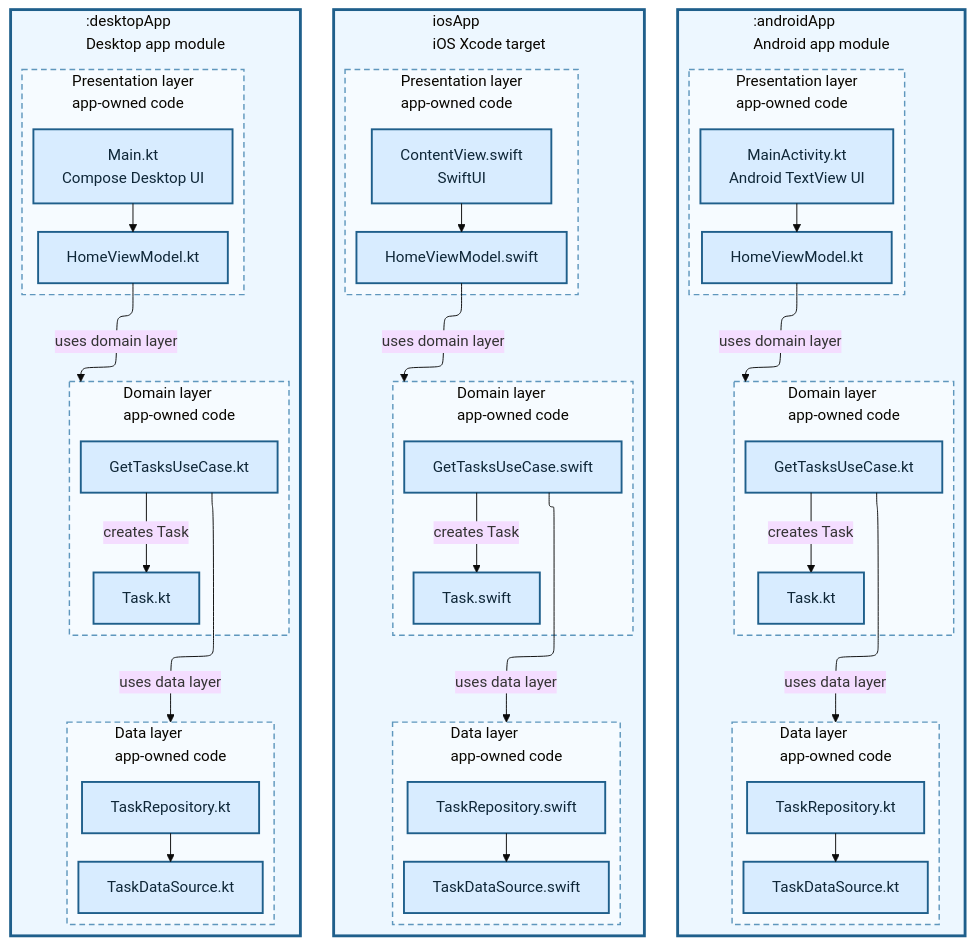
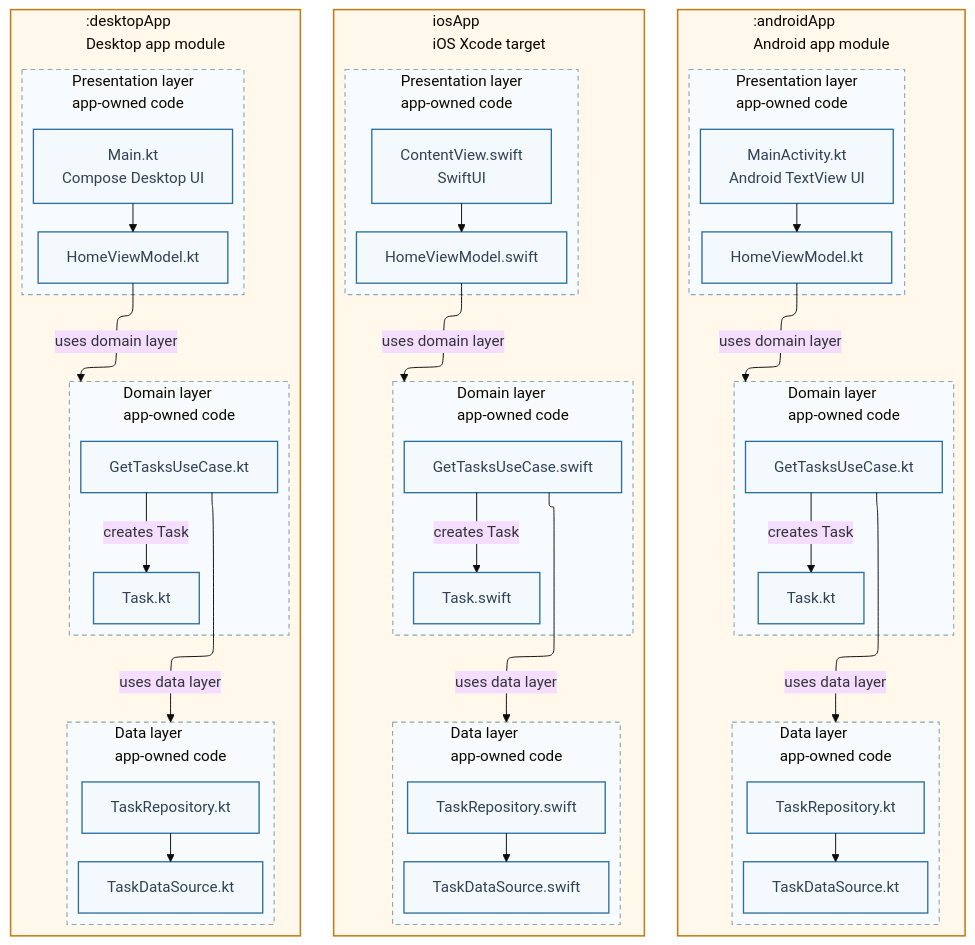
One commit to TheSetox/kmp-sample-diagrams changed the diagram in diagrams/15-three-layer-native.md. Above: the diagram before and after it, drawn with Mermaid (base theme). The commit also changed 42 other files, not shown here.

Commit message:
Redesign Mermaid architecture diagrams

````diff
--- a/diagrams/15-three-layer-native.md
+++ b/diagrams/15-three-layer-native.md
@@ -73,18 +73,18 @@
     DUseCase -->|"uses data layer"| DData
   end
 
-  classDef native fill:#d8ecff,stroke:#1f5f8b,color:#0f2738,stroke-width:2px;
+  classDef native fill:#f3f9fc,stroke:#2b6f9e,color:#334155,stroke-width:1.4px;
   class AUI,AVM,AUseCase,AEntity,ARepository,ADataSource,IUI,IVM,IUseCase,IEntity,IRepository,IDataSource,DUI,DVM,DUseCase,DEntity,DRepository,DDataSource native;
-  style Android fill:#edf7ff,stroke:#1f5f8b,stroke-width:3px
-  style IOS fill:#edf7ff,stroke:#1f5f8b,stroke-width:3px
-  style Desktop fill:#edf7ff,stroke:#1f5f8b,stroke-width:3px
-  style APresentation fill:#f6fbff,stroke:#5f97bd,stroke-width:1.5px,stroke-dasharray:6 4
-  style ADomain fill:#f6fbff,stroke:#5f97bd,stroke-width:1.5px,stroke-dasharray:6 4
-  style AData fill:#f6fbff,stroke:#5f97bd,stroke-width:1.5px,stroke-dasharray:6 4
-  style IPresentation fill:#f6fbff,stroke:#5f97bd,stroke-width:1.5px,stroke-dasharray:6 4
-  style IDomain fill:#f6fbff,stroke:#5f97bd,stroke-width:1.5px,stroke-dasharray:6 4
-  style IData fill:#f6fbff,stroke:#5f97bd,stroke-width:1.5px,stroke-dasharray:6 4
-  style DPresentation fill:#f6fbff,stroke:#5f97bd,stroke-width:1.5px,stroke-dasharray:6 4
-  style DDomain fill:#f6fbff,stroke:#5f97bd,stroke-width:1.5px,stroke-dasharray:6 4
-  style DData fill:#f6fbff,stroke:#5f97bd,stroke-width:1.5px,stroke-dasharray:6 4
+  style Android fill:#fff8eb,stroke:#c47a12,stroke-width:1.6px
+  style IOS fill:#fff8eb,stroke:#c47a12,stroke-width:1.6px
+  style Desktop fill:#fff8eb,stroke:#c47a12,stroke-width:1.6px
+  style APresentation fill:#f8fbfd,stroke:#8aa7bc,stroke-width:1.2px,stroke-dasharray:5 4
+  style ADomain fill:#f8fbfd,stroke:#8aa7bc,stroke-width:1.2px,stroke-dasharray:5 4
+  style AData fill:#f8fbfd,stroke:#8aa7bc,stroke-width:1.2px,stroke-dasharray:5 4
+  style IPresentation fill:#f8fbfd,stroke:#8aa7bc,stroke-width:1.2px,stroke-dasharray:5 4
+  style IDomain fill:#f8fbfd,stroke:#8aa7bc,stroke-width:1.2px,stroke-dasharray:5 4
+  style IData fill:#f8fbfd,stroke:#8aa7bc,stroke-width:1.2px,stroke-dasharray:5 4
+  style DPresentation fill:#f8fbfd,stroke:#8aa7bc,stroke-width:1.2px,stroke-dasharray:5 4
+  style DDomain fill:#f8fbfd,stroke:#8aa7bc,stroke-width:1.2px,stroke-dasharray:5 4
+  style DData fill:#f8fbfd,stroke:#8aa7bc,stroke-width:1.2px,stroke-dasharray:5 4
 ```
````
